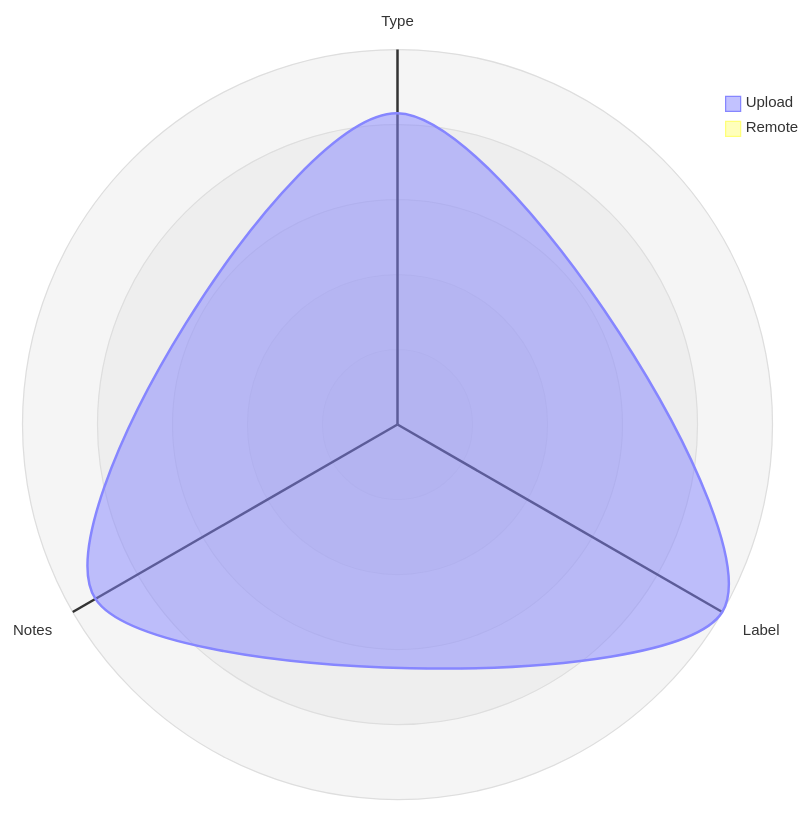
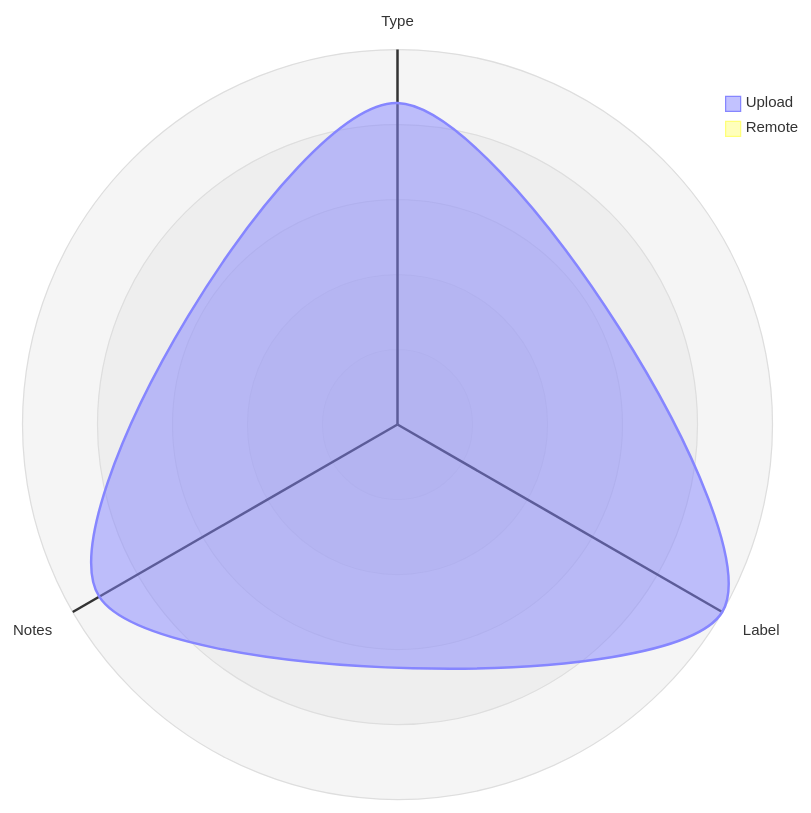
One commit to open-data/analytics-corporate-reporting changed the third of 5 diagrams in datastore_tracker/README.md. Above: the diagram before and after it, drawn with Mermaid. The commit also changed other lines of this file and 9 other files, not shown here.

````diff
--- a/datastore_tracker/README.md
+++ b/datastore_tracker/README.md
@@ -106,12 +106,12 @@
 ```mermaid
 radar-beta
   axis T["Type"], L["Label"], N["Notes"]
-  curve u["Upload"]{0.00083, 0.001, 0.00093}
+  curve u["Upload"]{0.00084, 0.00098, 0.0009}
   curve r["Remote"]{0, 0, 0}
 
   showLegend true
 
   min 0
   graticule circle
   ticks 5
 ```
````
